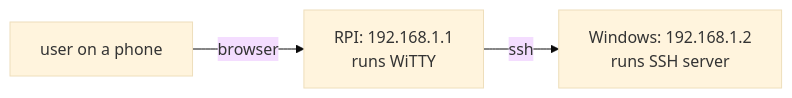
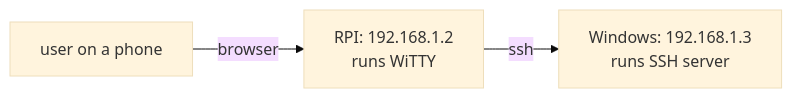
One commit to syssecfsu/witty-docs changed the diagram in content/docs/install.md. Above: the diagram before and after it, drawn with Mermaid (base theme). The commit also changed 5 other files, not shown here.

```diff
--- a/content/docs/install.md
+++ b/content/docs/install.md
@@ -96,5 +96,5 @@
 {{< mermaid >}}
 graph LR
-A[user on a phone] -- browser --> B[RPI: 192.168.1.1 <br /> runs WiTTY]
-B -- ssh --> C[Windows: 192.168.1.2 <br /> runs SSH server ]
+A[user on a phone] -- browser --> B[RPI: 192.168.1.2 <br /> runs WiTTY]
+B -- ssh --> C[Windows: 192.168.1.3 <br /> runs SSH server ]
 {{< /mermaid >}}
```
